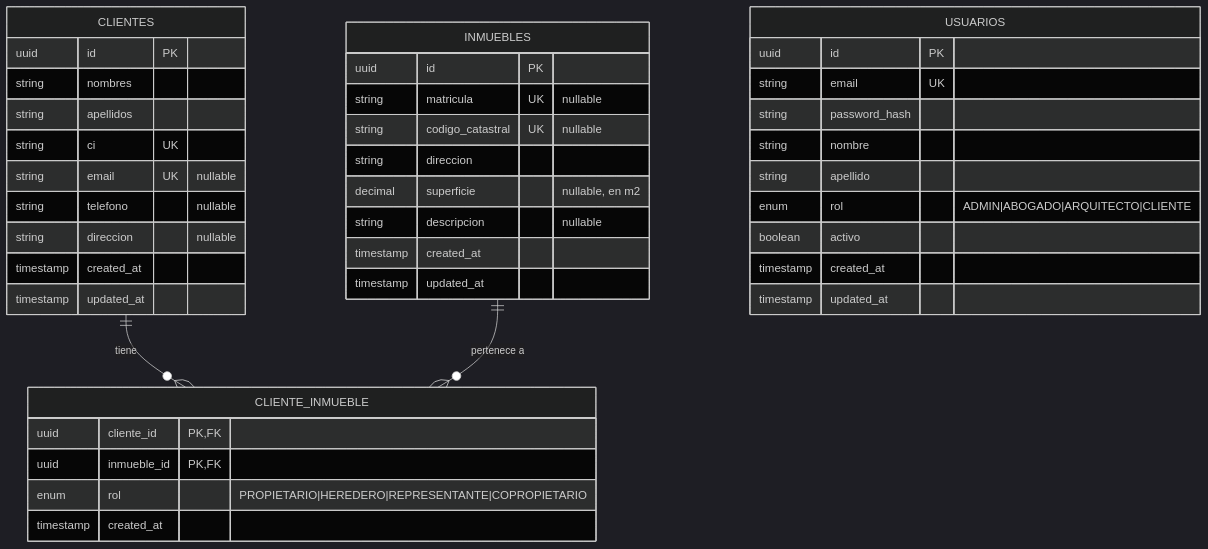
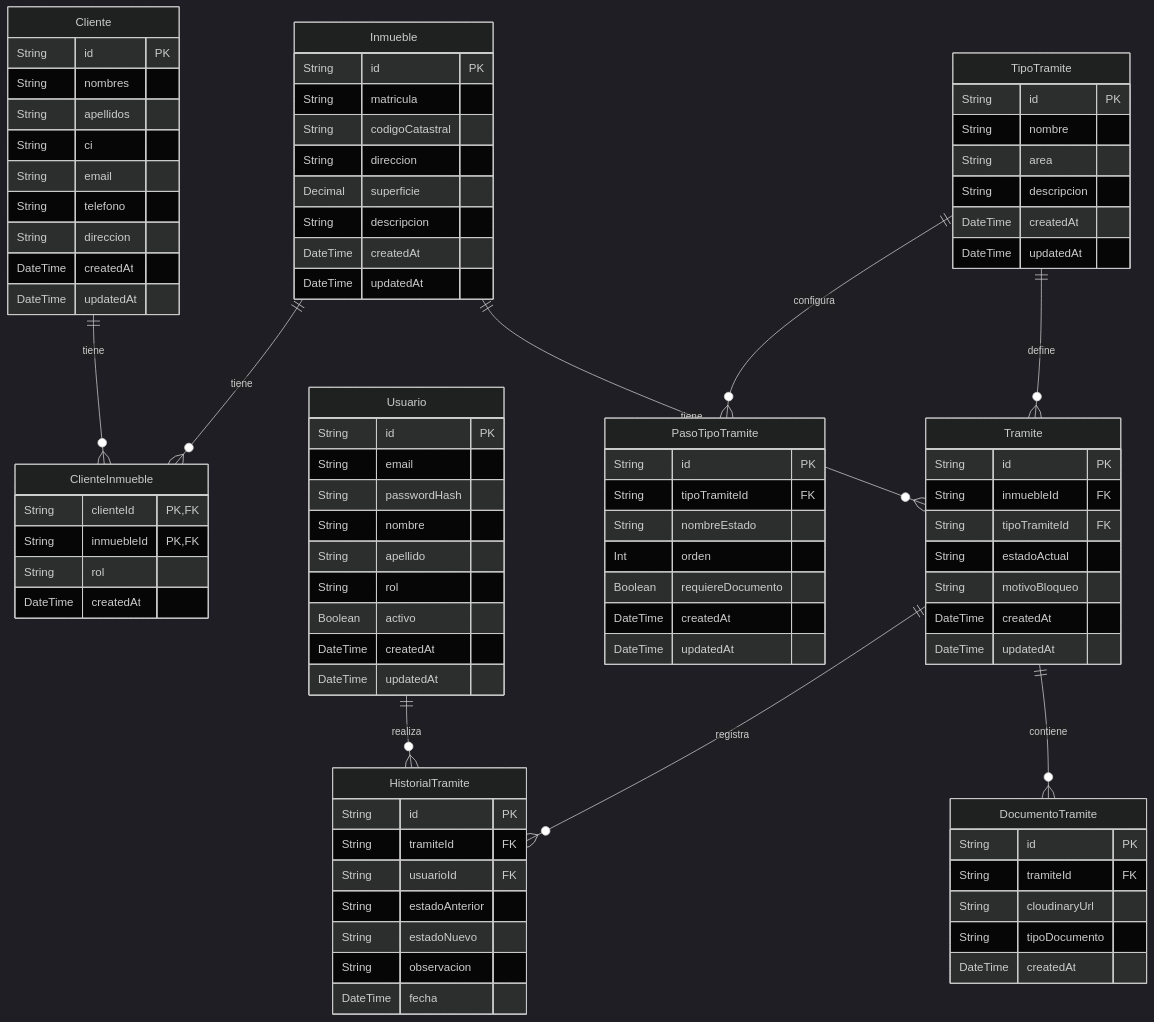
The diagram in docs/bd/erd.md (svFabio/salmacons-erp), drawn with Mermaid (dark theme) before and after one commit. The commit also changed other lines of this file and 20 other files, not shown here.

````diff
--- a/docs/bd/erd.md
+++ b/docs/bd/erd.md
@@ -5,47 +3,92 @@
 ```mermaid
 erDiagram
-    CLIENTES {
-        uuid id PK
-        string nombres
-        string apellidos
-        string ci UK
-        string email UK "nullable"
-        string telefono "nullable"
-        string direccion "nullable"
-        timestamp created_at
-        timestamp updated_at
+    Cliente {
+        String id PK
+        String nombres
+        String apellidos
+        String ci
+        String email
+        String telefono
+        String direccion
+        DateTime createdAt
+        DateTime updatedAt
+    }
+    Inmueble {
+        String id PK
+        String matricula
+        String codigoCatastral
+        String direccion
+        Decimal superficie
+        String descripcion
+        DateTime createdAt
+        DateTime updatedAt
+    }
+    ClienteInmueble {
+        String clienteId PK, FK
+        String inmuebleId PK, FK
+        String rol
+        DateTime createdAt
+    }
+    Usuario {
+        String id PK
+        String email
+        String passwordHash
+        String nombre
+        String apellido
+        String rol
+        Boolean activo
+        DateTime createdAt
+        DateTime updatedAt
+    }
+    TipoTramite {
+        String id PK
+        String nombre
+        String area
+        String descripcion
+        DateTime createdAt
+        DateTime updatedAt
+    }
+    PasoTipoTramite {
+        String id PK
+        String tipoTramiteId FK
+        String nombreEstado
+        Int orden
+        Boolean requiereDocumento
+        DateTime createdAt
+        DateTime updatedAt
+    }
+    Tramite {
+        String id PK
+        String inmuebleId FK
+        String tipoTramiteId FK
+        String estadoActual
+        String motivoBloqueo
+        DateTime createdAt
+        DateTime updatedAt
+    }
+    HistorialTramite {
+        String id PK
+        String tramiteId FK
+        String usuarioId FK
+        String estadoAnterior
+        String estadoNuevo
+        String observacion
+        DateTime fecha
+    }
+    DocumentoTramite {
+        String id PK
+        String tramiteId FK
+        String cloudinaryUrl
+        String tipoDocumento
+        DateTime createdAt
     }
 
-    INMUEBLES {
-        uuid id PK
-        string matricula UK "nullable"
-        string codigo_catastral UK "nullable"
-        string direccion
-        decimal superficie "nullable, en m2"
-        string descripcion "nullable"
-        timestamp created_at
-        timestamp updated_at
-    }
-
-    CLIENTE_INMUEBLE {
-        uuid cliente_id PK,FK
-        uuid inmueble_id PK,FK
-        enum rol "PROPIETARIO|HEREDERO|REPRESENTANTE|COPROPIETARIO"
-        timestamp created_at
-    }
-
-    USUARIOS {
-        uuid id PK
-        string email UK
-        string password_hash
-        string nombre
-        string apellido
-        enum rol "ADMIN|ABOGADO|ARQUITECTO|CLIENTE"
-        boolean activo
-        timestamp created_at
-        timestamp updated_at
-    }
-
-    CLIENTES ||--o{ CLIENTE_INMUEBLE : "tiene"
-    INMUEBLES ||--o{ CLIENTE_INMUEBLE : "pertenece a"
+    Cliente ||--o{ ClienteInmueble : "tiene"
+    Inmueble ||--o{ ClienteInmueble : "tiene"
+    TipoTramite ||--o{ PasoTipoTramite : "configura"
+    TipoTramite ||--o{ Tramite : "define"
+    Inmueble ||--o{ Tramite : "tiene"
+    Tramite ||--o{ HistorialTramite : "registra"
+    Usuario ||--o{ HistorialTramite : "realiza"
+    Tramite ||--o{ DocumentoTramite : "contiene"
 ```
````
